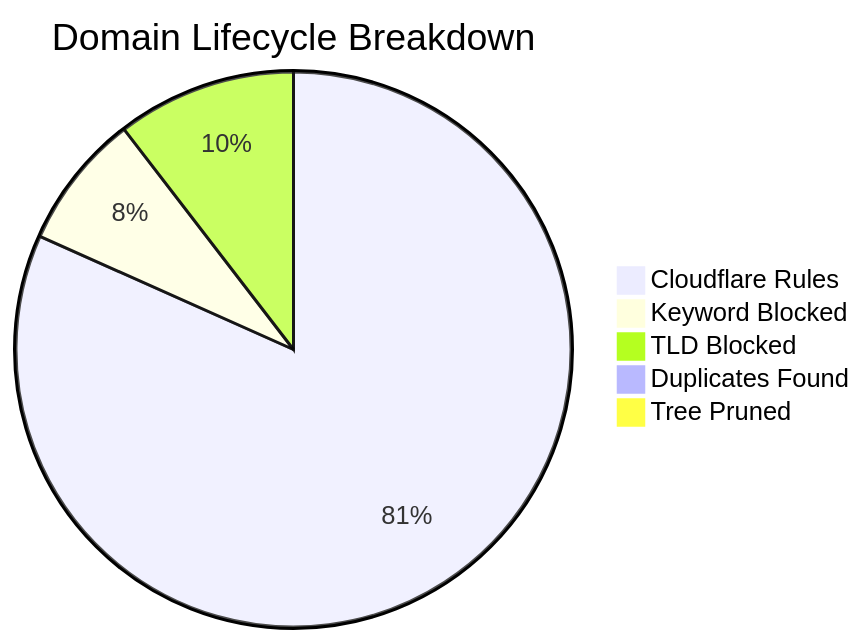
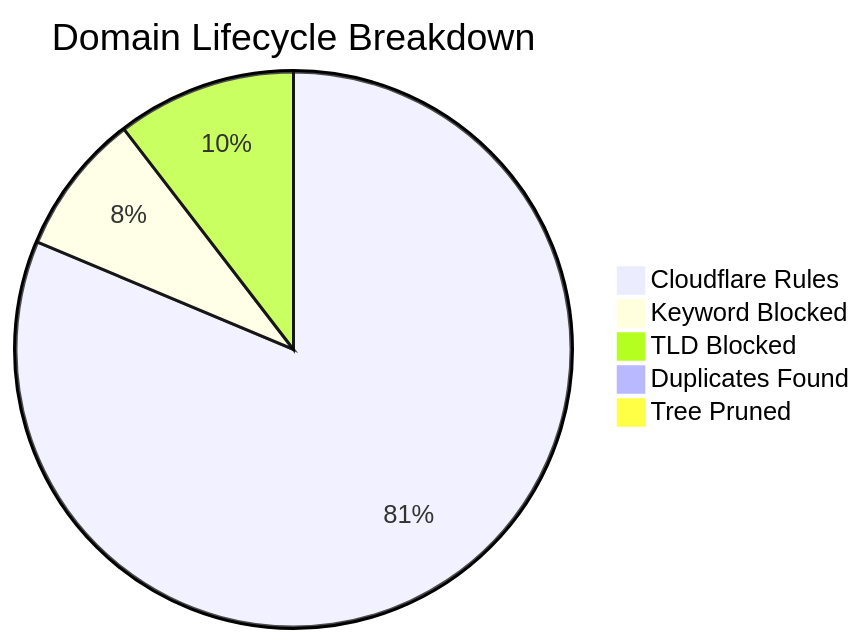
The diagram in README_STATS.md (brojangles24/Cloudflare-ZeroTrust-AdBlock), drawn with Mermaid before and after one commit. The commit also changed other lines of this file and 1 other file, not shown here.

````diff
--- a/README_STATS.md
+++ b/README_STATS.md
@@ -5,8 +5,8 @@
 ```mermaid
 pie title Domain Lifecycle Breakdown
-    "Cloudflare Rules" : 274197
-    "Keyword Blocked" : 26477
+    "Cloudflare Rules" : 273007
+    "Keyword Blocked" : 27676
     "TLD Blocked" : 35036
-    "Duplicates Found" : 976
-    "Tree Pruned" : 849
+    "Duplicates Found" : 975
+    "Tree Pruned" : 841
 ```
````
